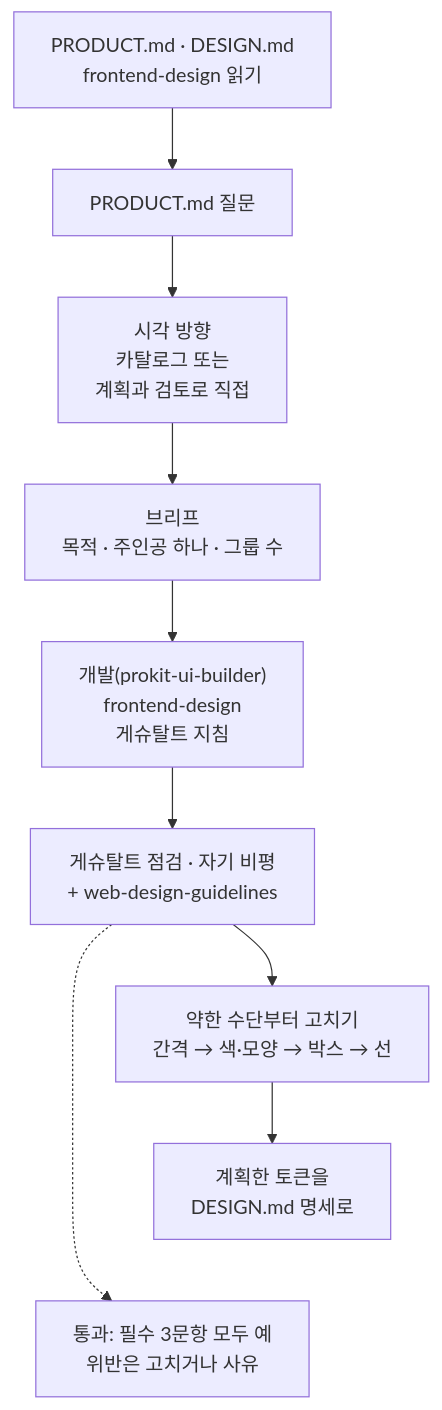
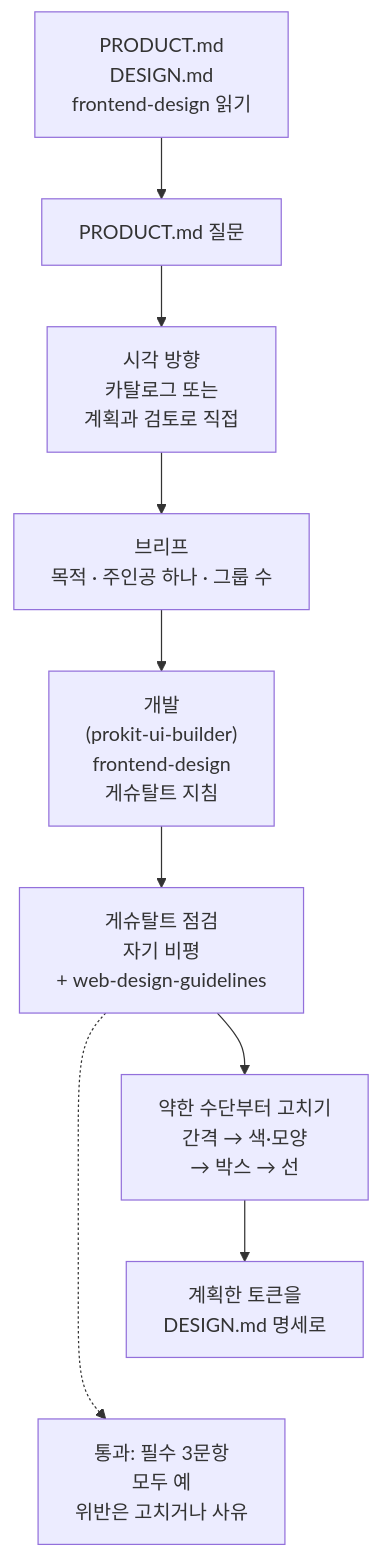
The fifth of 6 diagrams in handbook/design/ui-flow.md (roadkwon-ai/pro-kit), drawn with Mermaid before and after one commit. The commit also changed other lines of this file and 50 other files, not shown here.

````diff
--- a/handbook/design/ui-flow.md
+++ b/handbook/design/ui-flow.md
@@ -232,17 +240,19 @@
 ```mermaid
 ---
 config:
   flowchart:
-    wrappingWidth: 240
+    wrappingWidth: 190
 ---
 flowchart TB
-  C["PRODUCT.md · DESIGN.md<br/>frontend-design 읽기"] --> I["PRODUCT.md 질문"]
+  accTitle: 기본 AI 순서
+  accDescr: PRODUCT.md와 DESIGN.md를 읽고 질문, 시각 방향, 브리프, 개발, 게슈탈트 점검, 약한 수단부터 고치기, DESIGN.md 명세로 이어져요. 점선은 점검에서 통과 기준으로 가는 길이에요.
+  C["PRODUCT.md<br/>DESIGN.md<br/>frontend-design 읽기"] --> I["PRODUCT.md 질문"]
   I --> V["시각 방향<br/>카탈로그 또는<br/>계획과 검토로 직접"]
   V --> S["브리프<br/>목적 · 주인공 하나 · 그룹 수"]
-  S --> B["개발(prokit-ui-builder)<br/>frontend-design<br/>게슈탈트 지침"]
-  B --> R["게슈탈트 점검 · 자기 비평<br/>+ web-design-guidelines"]
-  R --> P["약한 수단부터 고치기<br/>간격 → 색·모양 → 박스 → 선"]
+  S --> B["개발<br/>(prokit-ui-builder)<br/>frontend-design<br/>게슈탈트 지침"]
+  B --> R["게슈탈트 점검<br/>자기 비평<br/>+ web-design-guidelines"]
+  R --> P["약한 수단부터 고치기<br/>간격 → 색·모양<br/>→ 박스 → 선"]
   P --> D["계획한 토큰을<br/>DESIGN.md 명세로"]
-  R -.-> G["통과: 필수 3문항 모두 예<br/>위반은 고치거나 사유"]
+  R -.-> G["통과: 필수 3문항<br/>모두 예<br/>위반은 고치거나 사유"]
   D ~~~ G
 ```
````
